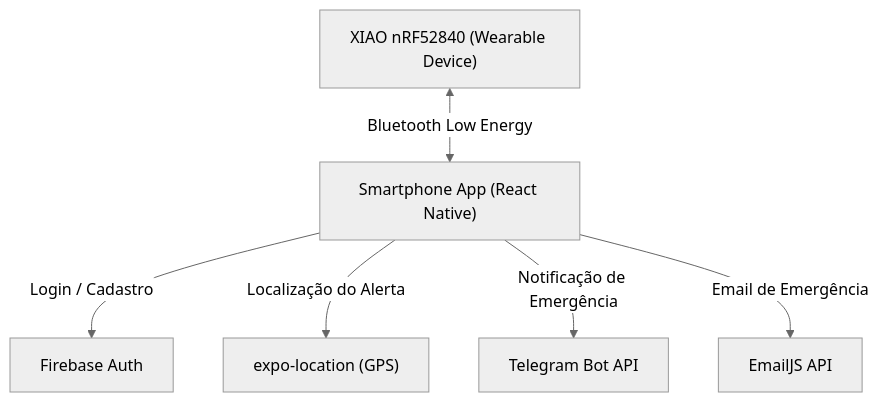
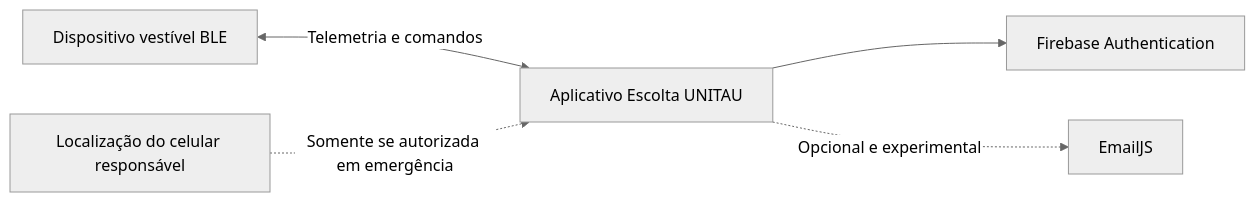
One commit to NicolasVMen/app_tcc changed the diagram in README.md. Above: the diagram before and after it, drawn with Mermaid (neutral theme). The commit also changed other lines of this file and 14 other files, not shown here.

Commit message:
feat: profissionaliza prototipo Escolta UNITAU

````diff
--- a/README.md
+++ b/README.md
@@ -34,15 +35,7 @@
 ```mermaid
-flowchart TD
-    Wearable["XIAO nRF52840 (Wearable Device)"]
-    App["Smartphone App (React Native)"]
-    Firebase["Firebase Auth"]
-    Telegram["Telegram Bot API"]
-    EmailJS["EmailJS API"]
-    GPS["expo-location (GPS)"]
-
-    Wearable <-->|Bluetooth Low Energy| App
-    App -->|Login / Cadastro| Firebase
-    App -->|Localização do Alerta| GPS
-    App -->|Notificação de Emergência| Telegram
-    App -->|Email de Emergência| EmailJS
+flowchart LR
+    Device["Dispositivo vestível BLE"] <-->|"Telemetria e comandos"| App["Aplicativo Escolta UNITAU"]
+    App --> Auth["Firebase Authentication"]
+    App -.->|"Opcional e experimental"| Email["EmailJS"]
+    Phone["Localização do celular responsável"] -.->|"Somente se autorizada em emergência"| App
 ```
````
